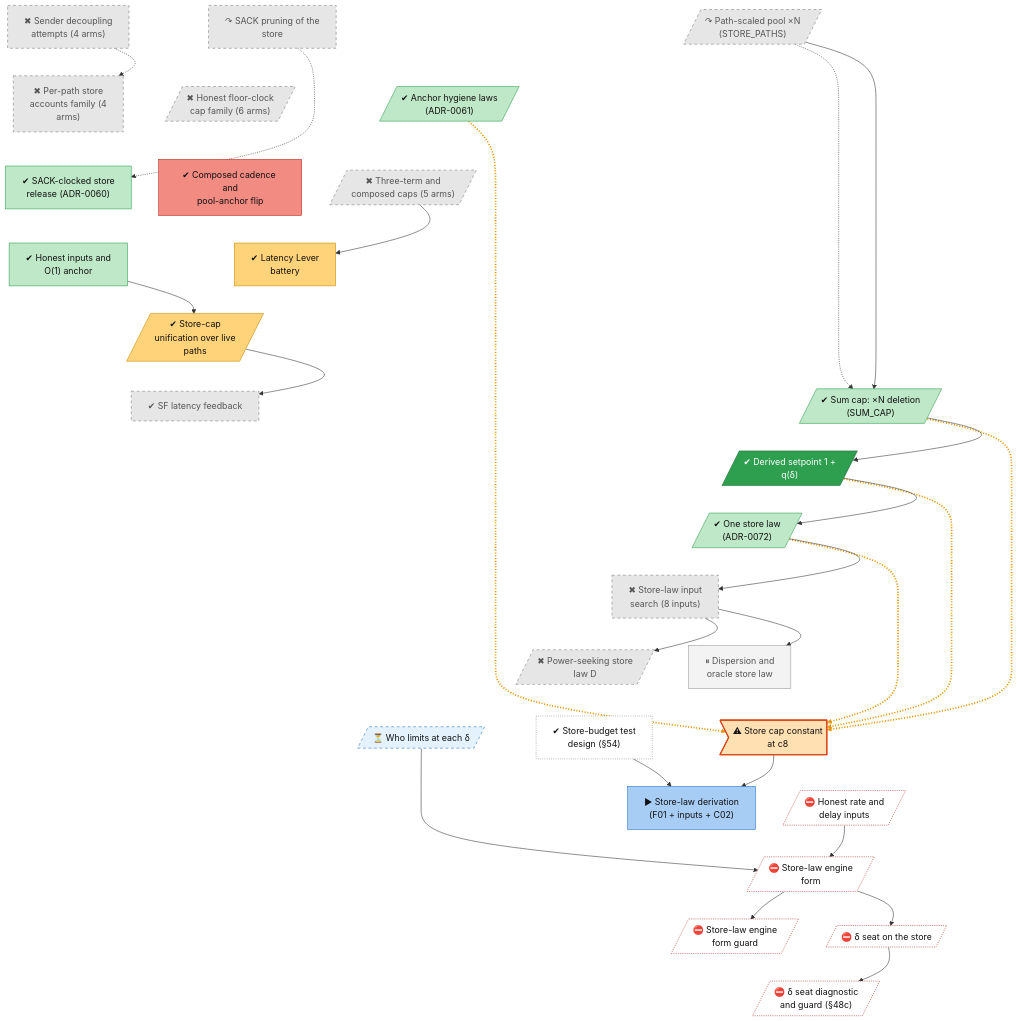
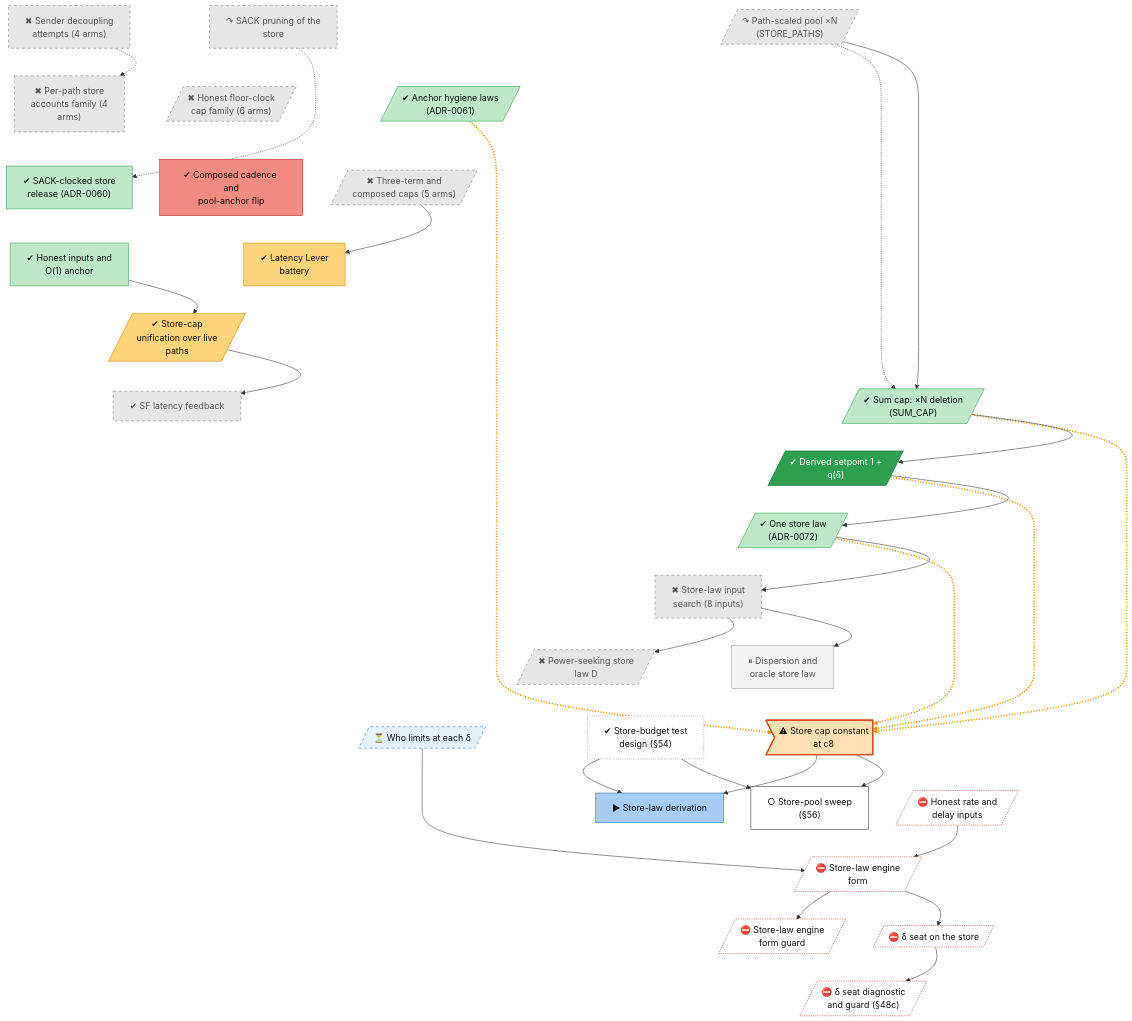
One commit to lhns/raptorpath changed the diagram in docs/roadmap/tracks/store.md. Above: the diagram before and after it, drawn with Mermaid. The commit also changed other lines of this file and 4 other files, not shown here.

Commit message:
status §56 (pre-registration): the store-pool sweep, reported only, no build - c8/c2/c1s static maps for the store law's closed-loop registration; tree: store-s56-sweep

````diff
--- a/docs/roadmap/tracks/store.md
+++ b/docs/roadmap/tracks/store.md
@@ -31,7 +31,8 @@
     store_w1_who_limits[/"⏳ Who limits at each δ"/]
     store_s54_budget["✔ Store-budget test<br/>design (#167;54)"]
     store_defect_cap_constant>"⚠ Store cap constant<br/>at c8"]
-    store_law_derivation["▶ Store-law derivation<br/>(F01 + inputs + C02)"]
+    store_law_derivation["▶ Store-law derivation"]
+    store_s56_sweep["○ Store-pool sweep<br/>(#167;56)"]
     store_fix_maxbw_minrtt[/"⛔ Honest rate and<br/>delay inputs"/]
     store_engine_form_impl[/"⛔ Store-law engine<br/>form"/]
     store_engine_form_guard[/"⛔ Store-law engine<br/>form guard"/]
@@ -60,9 +61,10 @@
     store_engine_form ~~~ store_s54_budget
     store_engine_form ~~~ store_defect_cap_constant
     store_w1_who_limits ~~~ store_law_derivation
-    store_s54_budget ~~~ store_fix_maxbw_minrtt
+    store_s54_budget ~~~ store_s56_sweep
     store_defect_cap_constant ~~~ store_fix_maxbw_minrtt
     store_law_derivation ~~~ store_engine_form_impl
+    store_s56_sweep ~~~ store_engine_form_impl
     store_fix_maxbw_minrtt ~~~ store_engine_form_impl
     store_engine_form_impl ~~~ store_engine_form_guard
     store_engine_form_impl ~~~ store_delta_seat
@@ -86,12 +88,14 @@
     store_input_search --> store_engine_form
     store_s54_budget --> store_law_derivation
     store_defect_cap_constant --> store_law_derivation
+    store_s54_budget --> store_s56_sweep
+    store_defect_cap_constant --> store_s56_sweep
     store_w1_who_limits --> store_engine_form_impl
     store_fix_maxbw_minrtt --> store_engine_form_impl
     store_engine_form_impl --> store_engine_form_guard
     store_engine_form_impl --> store_delta_seat
     store_delta_seat --> store_s48c_session
-    linkStyle 34,39,41,43 stroke:#e69500,stroke-width:3px,stroke-dasharray:2 3
+    linkStyle 35,40,42,44 stroke:#e69500,stroke-width:3px,stroke-dasharray:2 3
     classDef vsucc fill:#2e9e4f,stroke:#1b6b34,color:#fff
     classDef succ fill:#bfe8c8,stroke:#2e9e4f,color:#111
     classDef mixed fill:#ffd37a,stroke:#c98a00,color:#111
@@ -115,5 +119,6 @@
     class store_s54_budget unrated
     class store_defect_cap_constant defect
     class store_law_derivation inprog
+    class store_s56_sweep next
     class store_fix_maxbw_minrtt,store_engine_form_impl,store_engine_form_guard,store_delta_seat,store_s48c_session blocked
 ```
````
